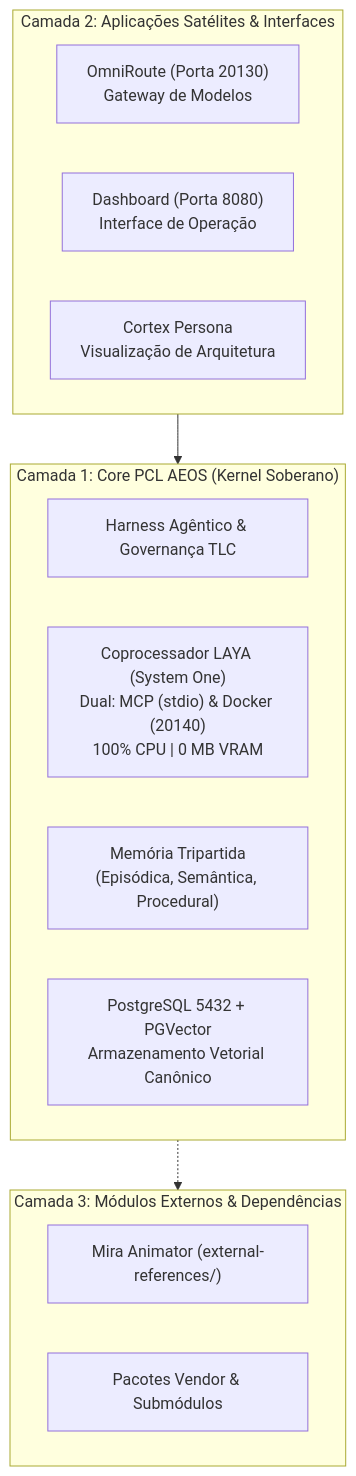
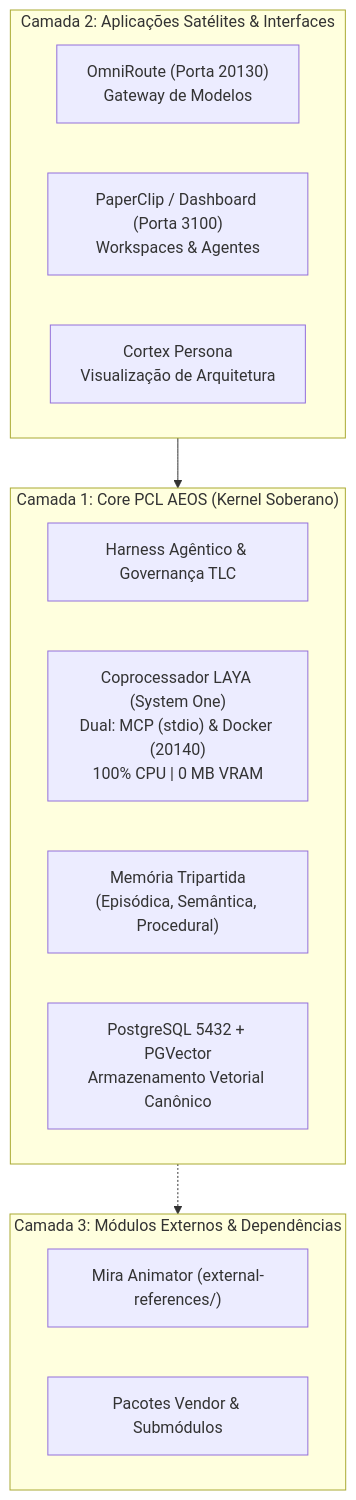
Before and after one commit to EnterDufter/PromptCoreLabs_AEOS: the diagram in projects/pcl-aeos-harmonization/design/canonical-architecture.md, drawn with Mermaid. The commit also changed other lines of this file and 206 other files, not shown here.

````diff
--- a/projects/pcl-aeos-harmonization/design/canonical-architecture.md
+++ b/projects/pcl-aeos-harmonization/design/canonical-architecture.md
@@ -15,23 +15,23 @@
 ```mermaid
 flowchart TD
     subgraph UI_SATELLITES["Camada 2: Aplicações Satélites & Interfaces"]
         OR["OmniRoute (Porta 20130)<br/>Gateway de Modelos"]
-        DASH["Dashboard (Porta 8080)<br/>Interface de Operação"]
+        DASH["PaperClip / Dashboard (Porta 3100)<br/>Workspaces & Agentes"]
         CTX["Cortex Persona<br/>Visualização de Arquitetura"]
     end
 
     subgraph CORE_AEOS["Camada 1: Core PCL AEOS (Kernel Soberano)"]
         HARNESS["Harness Agêntico & Governança TLC"]
         LAYA["Coprocessador LAYA (System One)<br/>Dual: MCP (stdio) & Docker (20140)<br/>100% CPU | 0 MB VRAM"]
         MEM["Memória Tripartida<br/>(Episódica, Semântica, Procedural)"]
         PGV["PostgreSQL 5432 + PGVector<br/>Armazenamento Vetorial Canônico"]
     end
 
     subgraph EXT_LIBS["Camada 3: Módulos Externos & Dependências"]
         MIRA["Mira Animator (external-references/)"]
         VENDOR["Pacotes Vendor & Submódulos"]
     end
 
     UI_SATELLITES --> CORE_AEOS
     CORE_AEOS -.-> EXT_LIBS
 ```
````
